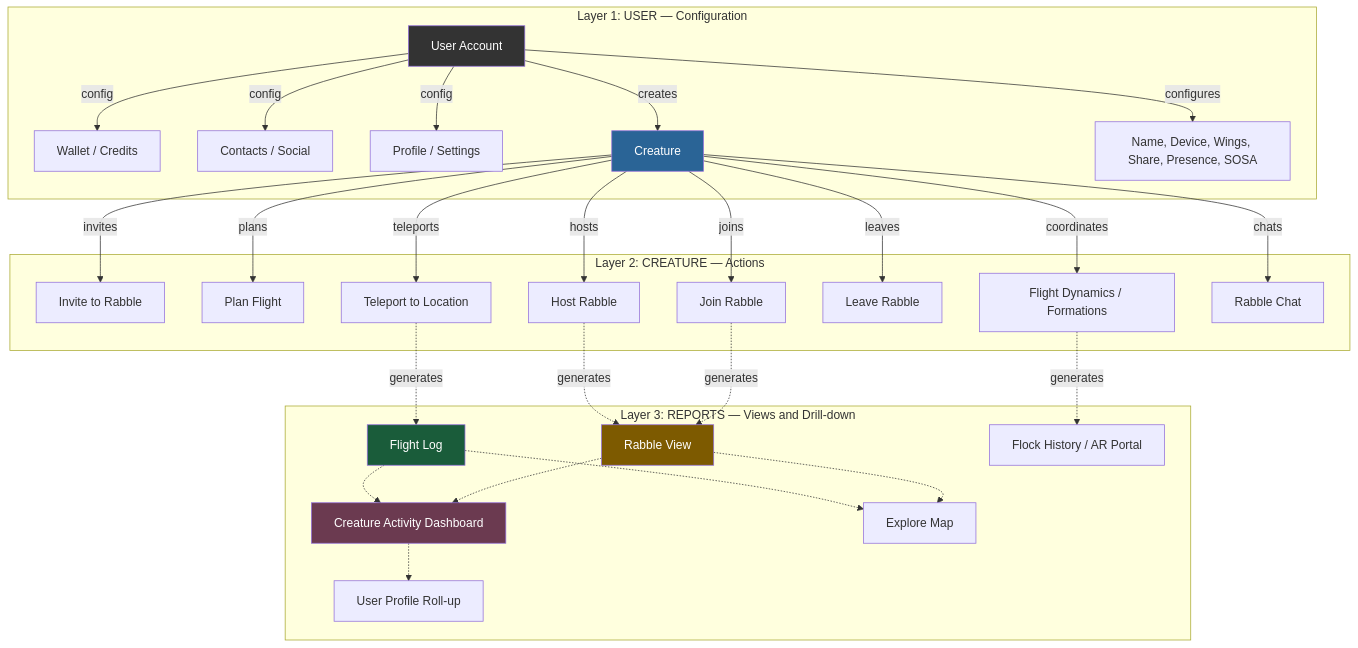
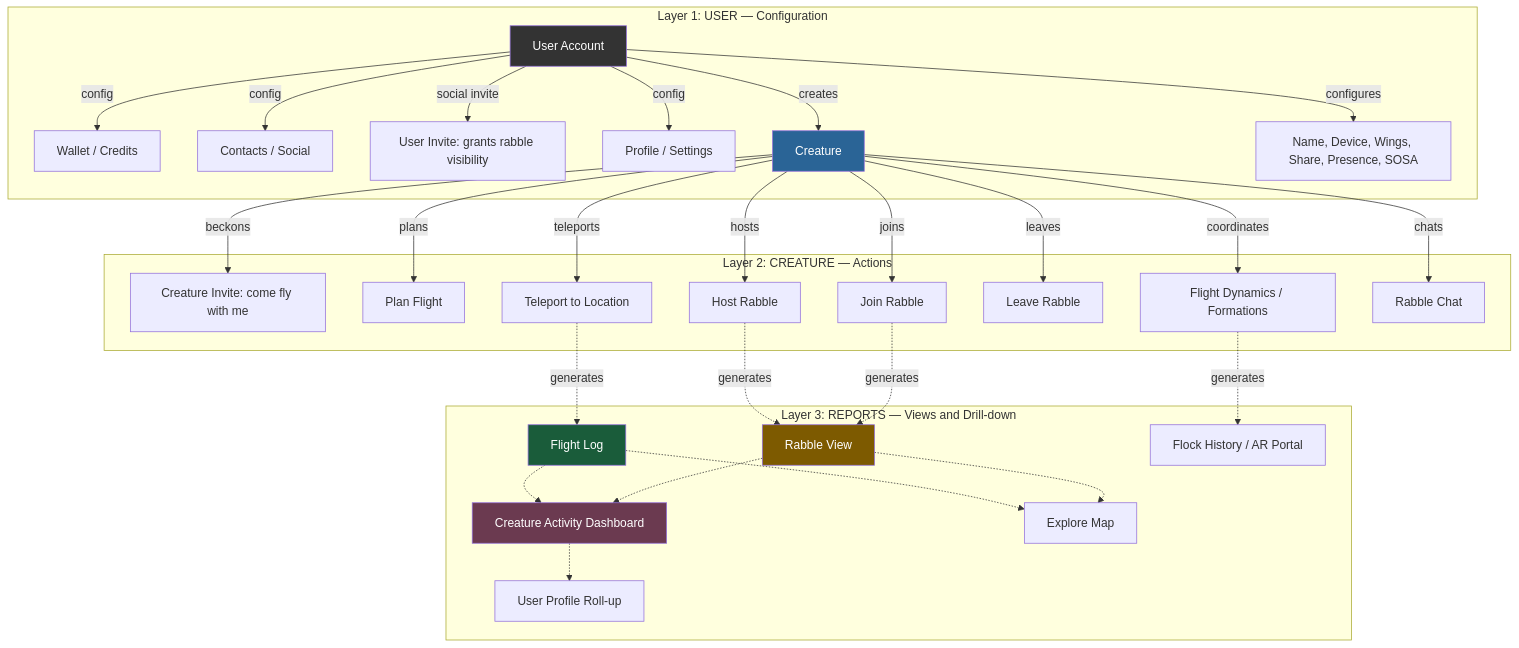
Before and after one commit to Replicant-Partners/fermi: the third of 5 diagrams in docs/UX_AUDIT_2026_02_14.md, drawn with Mermaid. The commit also changed other lines of this file, not shown here.

Commit message:
UX Audit: two-tier invites (social vs creature), credits are user-level only

````diff
--- a/docs/UX_AUDIT_2026_02_14.md
+++ b/docs/UX_AUDIT_2026_02_14.md
@@ -299,40 +311,41 @@
 ```mermaid
 graph TB
     subgraph "Layer 1: USER — Configuration"
         U[User Account]
         U -->|config| WALLET[Wallet / Credits]
         U -->|config| CONTACTS[Contacts / Social]
+        U -->|social invite| SINV[User Invite: grants rabble visibility]
         U -->|config| PROFILE[Profile / Settings]
         U -->|creates| C1[Creature]
         U -->|configures| CCONF[Name, Device, Wings, Share, Presence, SOSA]
     end
 
     subgraph "Layer 2: CREATURE — Actions"
-        C1 -->|invites| INV[Invite to Rabble]
+        C1 -->|beckons| INV[Creature Invite: come fly with me]
         C1 -->|plans| PLAN[Plan Flight]
         C1 -->|teleports| TELE[Teleport to Location]
         C1 -->|hosts| HOST[Host Rabble]
         C1 -->|joins| JOIN[Join Rabble]
         C1 -->|leaves| LEAVE[Leave Rabble]
         C1 -->|coordinates| COORD[Flight Dynamics / Formations]
         C1 -->|chats| CHAT[Rabble Chat]
     end
 
     subgraph "Layer 3: REPORTS — Views and Drill-down"
         TELE -.->|generates| FL[Flight Log]
         HOST -.->|generates| RV[Rabble View]
         JOIN -.->|generates| RV
         COORD -.->|generates| FH[Flock History / AR Portal]
         FL -.-> DASH[Creature Activity Dashboard]
         RV -.-> DASH
         DASH -.-> UPROF[User Profile Roll-up]
         FL -.-> EXPLORE[Explore Map]
         RV -.-> EXPLORE
     end
 
     style U fill:#333,color:#fff
     style C1 fill:#2a6496,color:#fff
     style FL fill:#1A5C3A,color:#fff
     style RV fill:#7D5A00,color:#fff
     style DASH fill:#6b3a50,color:#fff
 ```
````
